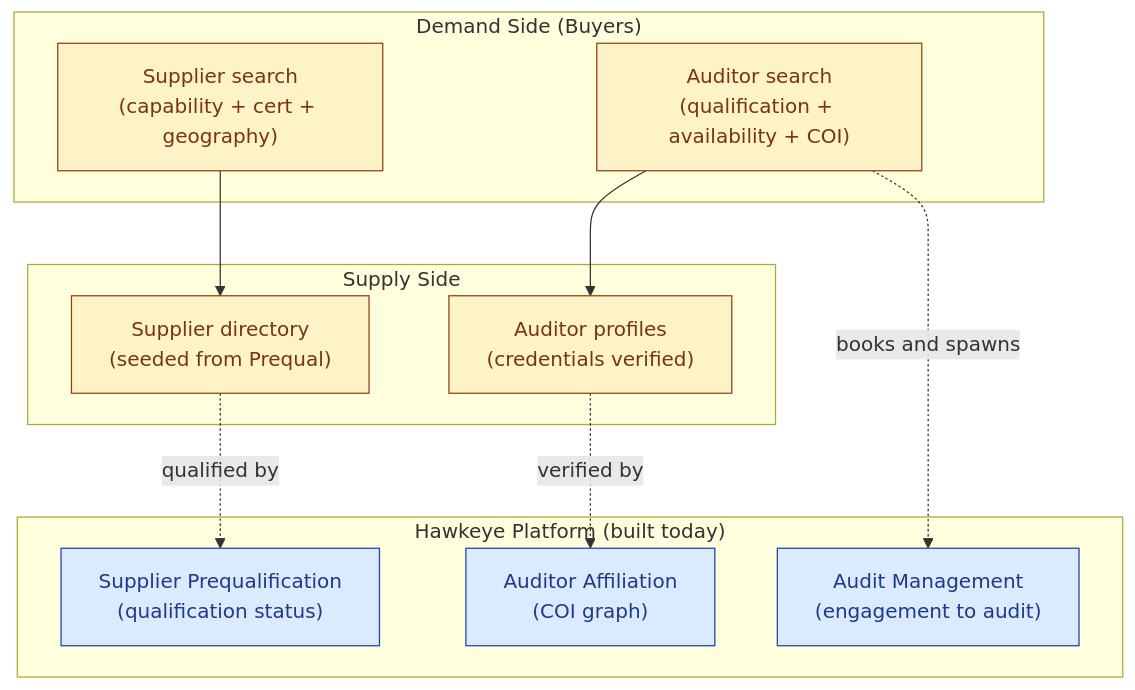
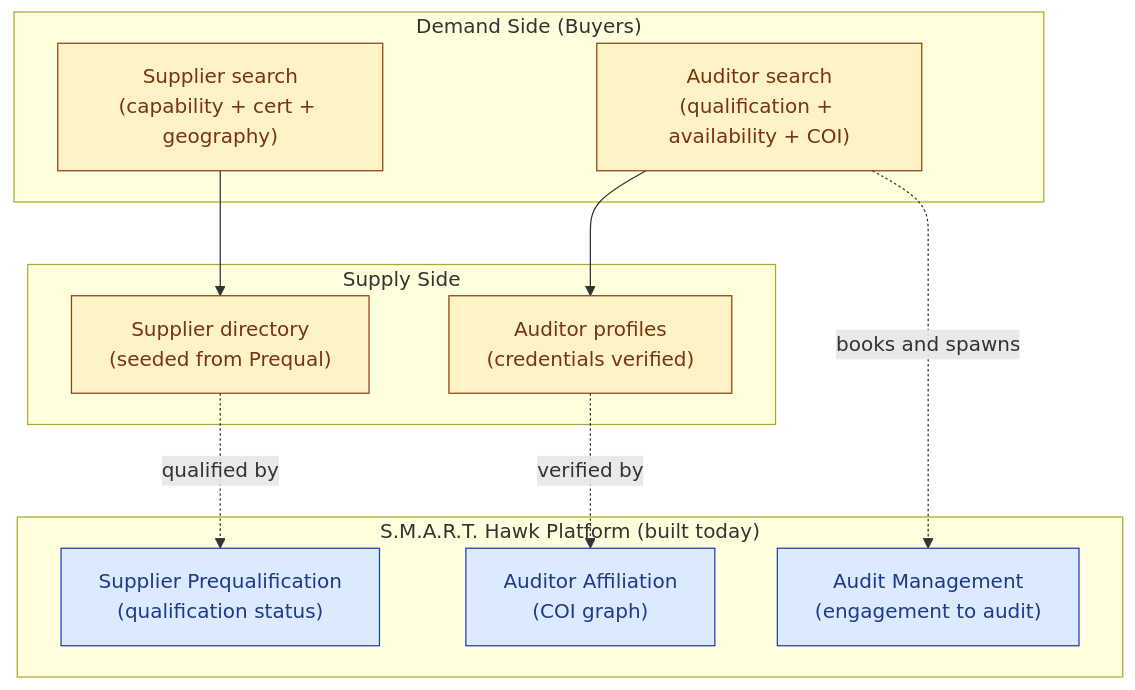
The second of 8 diagrams in 06-modules/marketplace/STORYBOOK.md (hawkeyetransact-dotcom/doc_v2), drawn with Mermaid before and after one commit. The commit also changed other lines of this file and 105 other files, not shown here.

First line of the commit message:
Rebrand docs: Hawkeye -> S.M.A.R.T. Hawk; S.M.A.R.T. five-pillar pipeline

````diff
--- a/06-modules/marketplace/STORYBOOK.md
+++ b/06-modules/marketplace/STORYBOOK.md
@@ -76,27 +76,27 @@
 ```mermaid
 flowchart TB
     classDef plan fill:#FEF3C7,stroke:#92400E,color:#78350F
     classDef build fill:#DBEAFE,stroke:#1E40AF,color:#1E3A8A
 
     subgraph Demand["Demand Side (Buyers)"]
         B["Auditor search<br/>(qualification + availability + COI)"]:::plan
         S["Supplier search<br/>(capability + cert + geography)"]:::plan
     end
 
     subgraph Supply["Supply Side"]
         A["Auditor profiles<br/>(credentials verified)"]:::plan
         L["Supplier directory<br/>(seeded from Prequal)"]:::plan
     end
 
-    subgraph Engine["Hawkeye Platform (built today)"]
+    subgraph Engine["S.M.A.R.T. Hawk Platform (built today)"]
         Q["Supplier Prequalification<br/>(qualification status)"]:::build
         F["Auditor Affiliation<br/>(COI graph)"]:::build
         AM["Audit Management<br/>(engagement to audit)"]:::build
     end
 
     B --> A
     S --> L
     A -.->|verified by| F
     L -.->|qualified by| Q
     B -.->|books and spawns| AM
 ```
````
